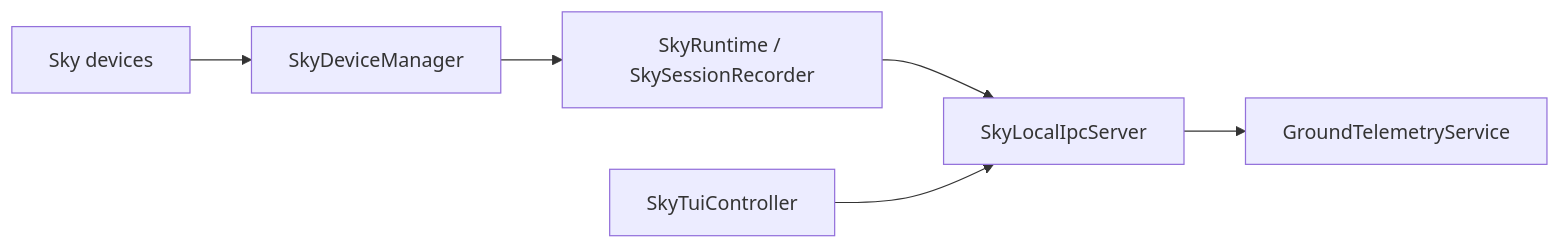
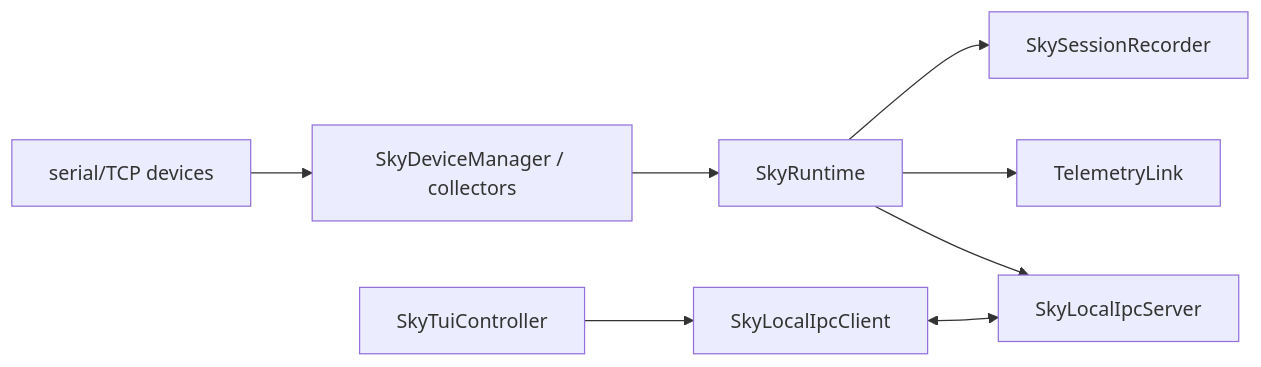
One commit to Winter-And-You-Gone/VaporView changed the fourth of 4 diagrams in docs/architecture.md. Above: the diagram before and after it, drawn with Mermaid. The commit also changed other lines of this file and 163 other files, not shown here.

Commit message:
Complete VaporView architecture refactor

````diff
--- a/docs/architecture.md
+++ b/docs/architecture.md
@@ -119,8 +226,10 @@
 ```mermaid
 flowchart LR
-  SD[Sky devices] --> SC[SkyDeviceManager]
-  SC --> SR[SkyRuntime / SkySessionRecorder]
-  SR --> IPC[SkyLocalIpcServer]
-  IPC --> G[GroundTelemetryService]
-  ST[SkyTuiController] --> IPC
+  HW["serial/TCP devices"] --> DM["SkyDeviceManager / collectors"]
+  DM --> SR["SkyRuntime"]
+  SR --> REC["SkySessionRecorder"]
+  SR --> TL["TelemetryLink"]
+  SR --> IPCS["SkyLocalIpcServer"]
+  TUI["SkyTuiController"] --> IPCC["SkyLocalIpcClient"]
+  IPCC <--> IPCS
 ```
````
